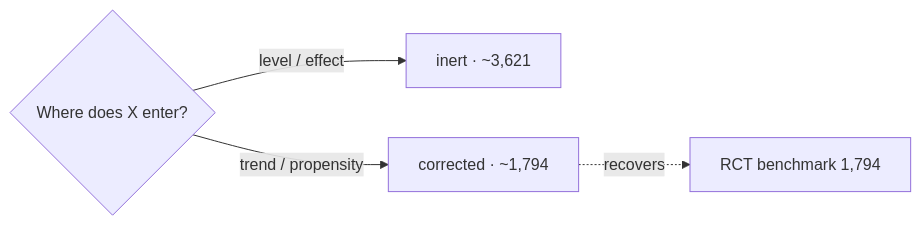
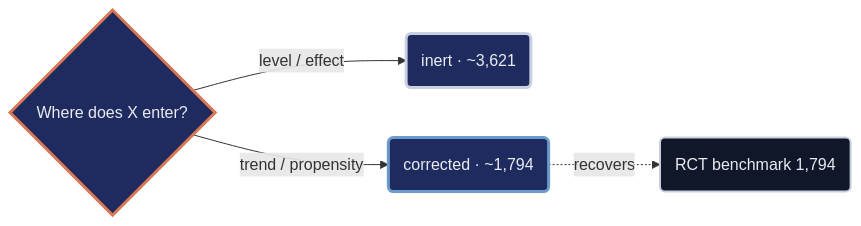
One commit to cmg777/starter-academic-v501 changed the diagram in content/post/python_did_covariates_lalonde/slides/slides.qmd. Above: the diagram before and after it, drawn with Mermaid. The commit also changed other lines of this file and 42 other files, not shown here.

First line of the commit message:
content(mermaid): restyle Mermaid copies in tutorial sources and the LaLonde slide deck

````diff
--- a/content/post/python_did_covariates_lalonde/slides/slides.qmd
+++ b/content/post/python_did_covariates_lalonde/slides/slides.qmd
@@ -264,7 +264,15 @@
 ```{mermaid}
 flowchart LR
     Q{"Where does X enter?"}
-    Q -->|level / effect| I["inert · ~3,621"]
-    Q -->|trend / propensity| C["corrected · ~1,794"]
-    C -.recovers.-> B["RCT benchmark 1,794"]
+    Q -->|level / effect| I("inert · ~3,621")
+    Q -->|trend / propensity| C("corrected · ~1,794")
+    C -.recovers.-> B("RCT benchmark 1,794")
+    classDef orange fill:#1f2b5e,stroke:#d97757,stroke-width:3px,color:#e8ecf2
+    classDef gray fill:#1f2b5e,stroke:#c8d0e0,stroke-width:3px,color:#e8ecf2
+    classDef blue fill:#1f2b5e,stroke:#6a9bcc,stroke-width:3px,color:#e8ecf2
+    classDef anchor fill:#0f1729,stroke:#c8d0e0,stroke-width:2px,color:#e8ecf2
+    class Q orange
+    class I gray
+    class C blue
+    class B anchor
 ```
````
